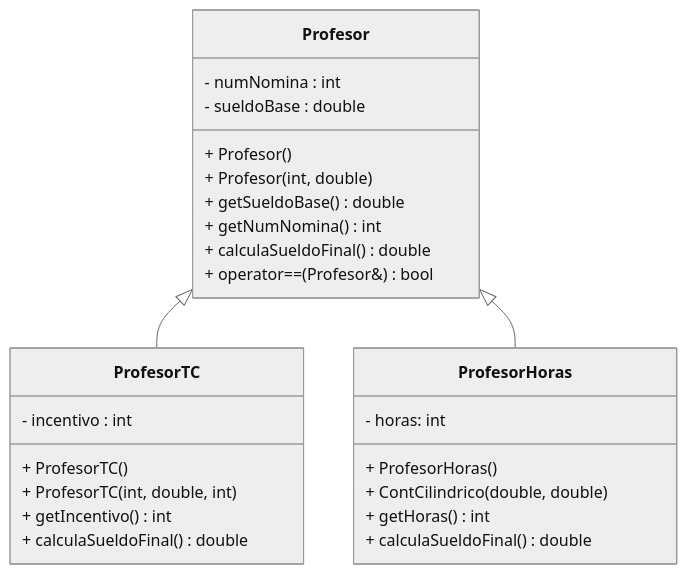
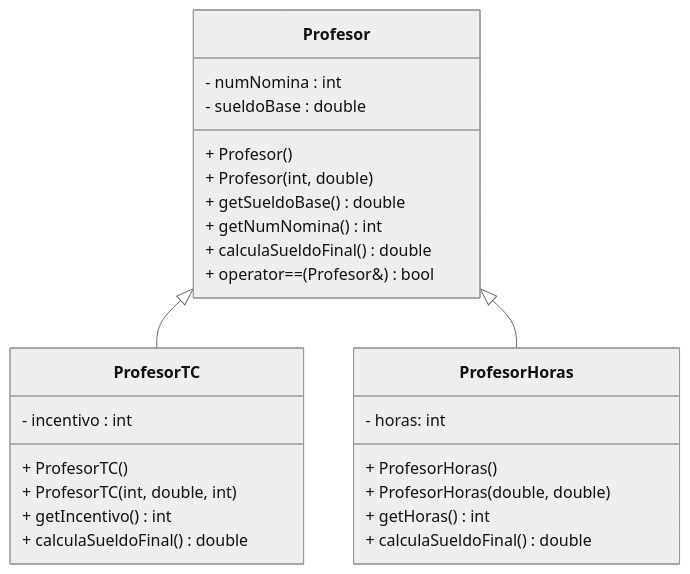
The diagram in README.md (TC1030/Examen_profesor), drawn with Mermaid (neutral theme) before and after one commit.

````diff
--- a/README.md
+++ b/README.md
@@ -10,30 +10,30 @@
 ```mermaid
 classDiagram
     Profesor <|-- ProfesorTC 
     Profesor <|-- ProfesorHoras 
     class Profesor {
         - numNomina : int 
         - sueldoBase : double  
       }
       Profesor: + Profesor() 
       Profesor: + Profesor(int, double) 
       Profesor: + getSueldoBase() double 
       Profesor: + getNumNomina() int 
       Profesor: + calculaSueldoFinal() double 
       Profesor: + operator==(Profesor&) bool  
      class ProfesorTC {
         - incentivo : int 
       }
         ProfesorTC: + ProfesorTC() 
         ProfesorTC: + ProfesorTC(int, double, int) 
         ProfesorTC: + getIncentivo() int 
         ProfesorTC: + calculaSueldoFinal()  double  
     
     class ProfesorHoras {
         - horas: int 
       }
         ProfesorHoras: + ProfesorHoras() 
-        ProfesorHoras: + ContCilindrico(double, double) 
+        ProfesorHoras: + ProfesorHoras(double, double) 
         ProfesorHoras: + getHoras() int 
         ProfesorHoras: + calculaSueldoFinal()  double 
 ```
````
